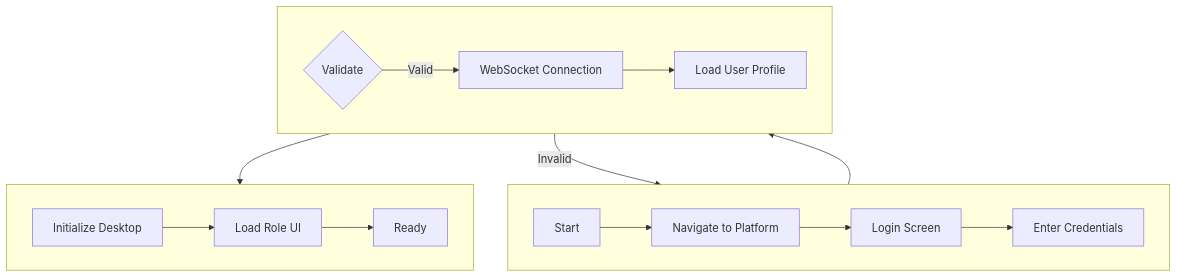
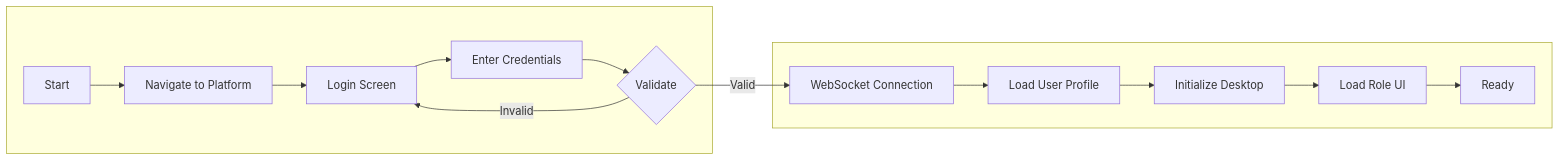
Before and after one commit to RoundRobinHood/cogniflight-cloud: the first of 10 diagrams in docs/SEN3781_Assignment4_Information_Architecture_Report.md, drawn with Mermaid. The commit also changed other lines of this file, not shown here.

Commit message:
improved diagram readability

````diff
--- a/docs/SEN3781_Assignment4_Information_Architecture_Report.md
+++ b/docs/SEN3781_Assignment4_Information_Architecture_Report.md
@@ -134,18 +134,13 @@
 ```mermaid
-flowchart TB
+flowchart LR
     subgraph row1[" "]
-        direction LR
         A[Start] --> B[Navigate to Platform] --> C[Login Screen] --> D[Enter Credentials]
+        D --> E{Validate}
     end
     subgraph row2[" "]
-        direction LR
-        E{Validate} -->|Valid| F[WebSocket Connection] --> G[Load User Profile]
+        F[WebSocket Connection] --> G[Load User Profile] --> H[Initialize Desktop]
+        H --> I[Load Role UI] --> J[Ready]
     end
-    subgraph row3[" "]
-        direction LR
-        H[Initialize Desktop] --> I[Load Role UI] --> J[Ready]
-    end
-    D --> E
+    E -->|Valid| F
     E -->|Invalid| C
-    G --> H
 ```
````
